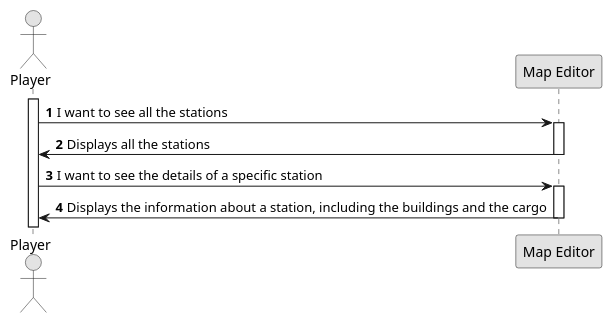
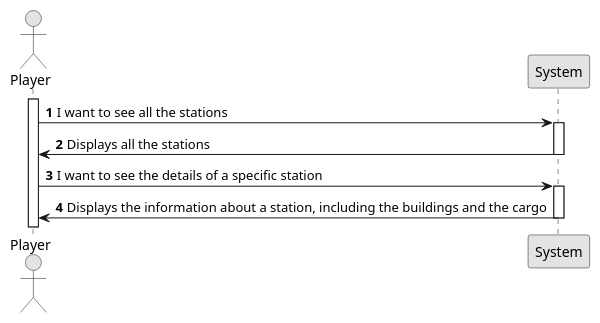
One commit to goncalolopesp/sem2-pi-24.25-g093-repo changed the diagram in docs/system-documentation/US007/01.requirements-engineering/puml/US007-SSD.puml. Above: the diagram before and after it, drawn with PlantUML. The commit also changed 1 other file, not shown here.

```diff
--- a/docs/system-documentation/US007/01.requirements-engineering/puml/US007-SSD.puml
+++ b/docs/system-documentation/US007/01.requirements-engineering/puml/US007-SSD.puml
@@ -1,25 +1,25 @@
 @startuml
 skinparam monochrome true
 skinparam packageStyle rectangle
 skinparam shadowing false
 
 autonumber
 
 actor "Player" as Player
-participant "Map Editor" as MapEditor
+participant "System" as System
 
 activate Player
 
-    Player -> MapEditor : I want to see all the stations
-    activate MapEditor
+    Player -> System : I want to see all the stations
+    activate System
 
-    MapEditor -> Player : Displays all the stations
-    deactivate MapEditor
+    System -> Player : Displays all the stations
+    deactivate System
 
-    Player -> MapEditor : I want to see the details of a specific station
-    activate MapEditor
+    Player -> System : I want to see the details of a specific station
+    activate System
 
-    MapEditor -> Player : Displays the information about a station, including the buildings and the cargo
-    deactivate MapEditor
+    System -> Player : Displays the information about a station, including the buildings and the cargo
+    deactivate System
 
 @enduml
```
